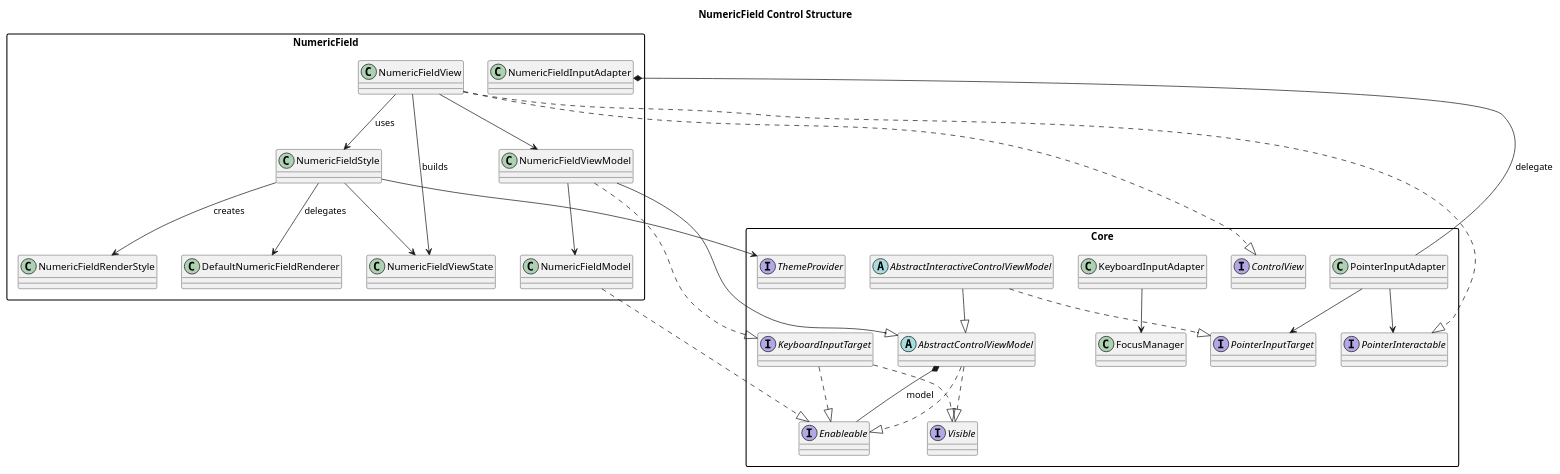
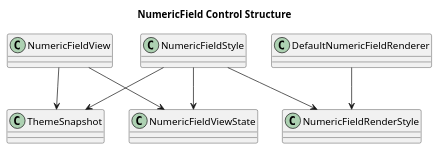
One commit to cdpoloz/cpz-mvvm-processing-controls changed the diagram in docs/uml/control_numericfield.puml. Above: the diagram before and after it, drawn with PlantUML. The commit also changed 53 other files, not shown here.

```diff
--- a/docs/uml/control_numericfield.puml
+++ b/docs/uml/control_numericfield.puml
@@ -1,56 +1,19 @@
 @startuml
 title NumericField Control Structure
 skinparam packageStyle rectangle
 skinparam shadowing false
 
-package "Core" {
-  interface Enableable
-  interface Visible
-  interface ControlView
-  interface PointerInputTarget
-  interface PointerInteractable
-  interface KeyboardInputTarget
-  abstract class AbstractControlViewModel
-  abstract class AbstractInteractiveControlViewModel
-  class PointerInputAdapter
-  class KeyboardInputAdapter
-  class FocusManager
-  interface ThemeProvider
-}
+class NumericFieldView
+class NumericFieldViewState
+class NumericFieldStyle
+class NumericFieldRenderStyle
+class DefaultNumericFieldRenderer
+class ThemeSnapshot
 
-package "NumericField" {
-  class NumericFieldModel
-  class NumericFieldViewModel
-  class NumericFieldView
-  class NumericFieldInputAdapter
-  class NumericFieldViewState
-  class NumericFieldStyle
-  class NumericFieldRenderStyle
-  class DefaultNumericFieldRenderer
-}
-
-AbstractControlViewModel ..|> Visible
-AbstractControlViewModel ..|> Enableable
-AbstractInteractiveControlViewModel --|> AbstractControlViewModel
-AbstractInteractiveControlViewModel ..|> PointerInputTarget
-KeyboardInputTarget ..|> Visible
-KeyboardInputTarget ..|> Enableable
-NumericFieldModel ..|> Enableable
-NumericFieldViewModel --|> AbstractControlViewModel
-NumericFieldViewModel ..|> KeyboardInputTarget
-NumericFieldView ..|> ControlView
-NumericFieldView ..|> PointerInteractable
-AbstractControlViewModel *-- Enableable : model
-NumericFieldViewModel --> NumericFieldModel
-NumericFieldView --> NumericFieldViewModel
-NumericFieldView --> NumericFieldViewState : builds
-NumericFieldView --> NumericFieldStyle : uses
+NumericFieldView --> NumericFieldViewState
+NumericFieldView --> ThemeSnapshot
 NumericFieldStyle --> NumericFieldViewState
-NumericFieldStyle --> NumericFieldRenderStyle : creates
-NumericFieldStyle --> DefaultNumericFieldRenderer : delegates
-NumericFieldStyle --> ThemeProvider
-PointerInputAdapter --> PointerInteractable
-PointerInputAdapter --> PointerInputTarget
-KeyboardInputAdapter --> FocusManager
-NumericFieldInputAdapter *-- PointerInputAdapter : delegate
+NumericFieldStyle --> ThemeSnapshot
+NumericFieldStyle --> NumericFieldRenderStyle
+DefaultNumericFieldRenderer --> NumericFieldRenderStyle
 @enduml
```
